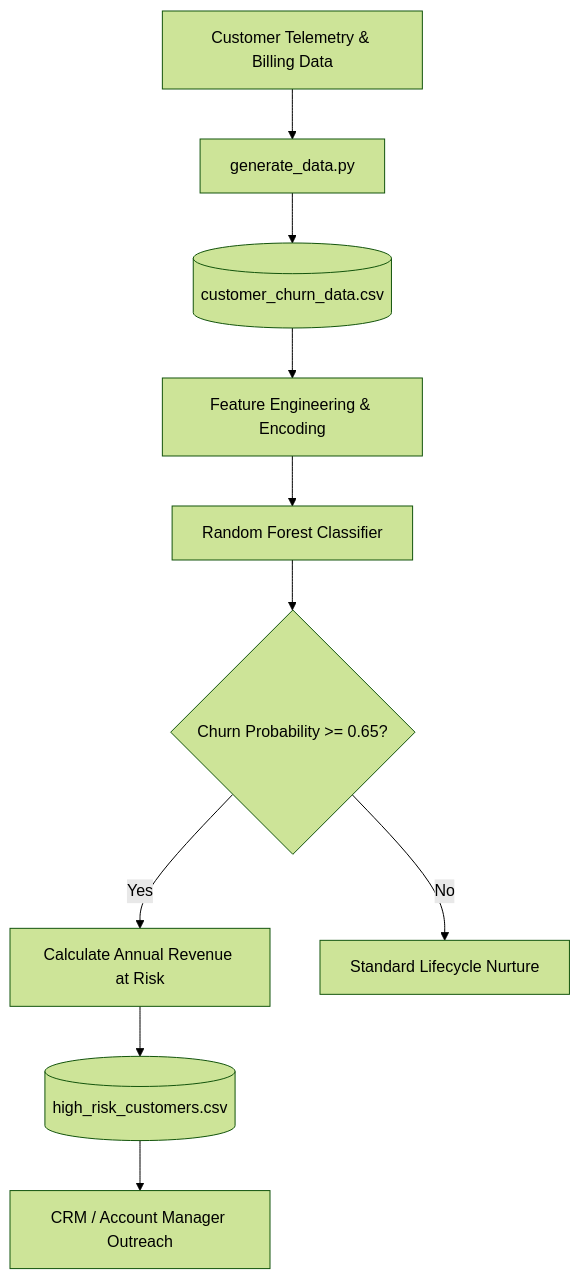
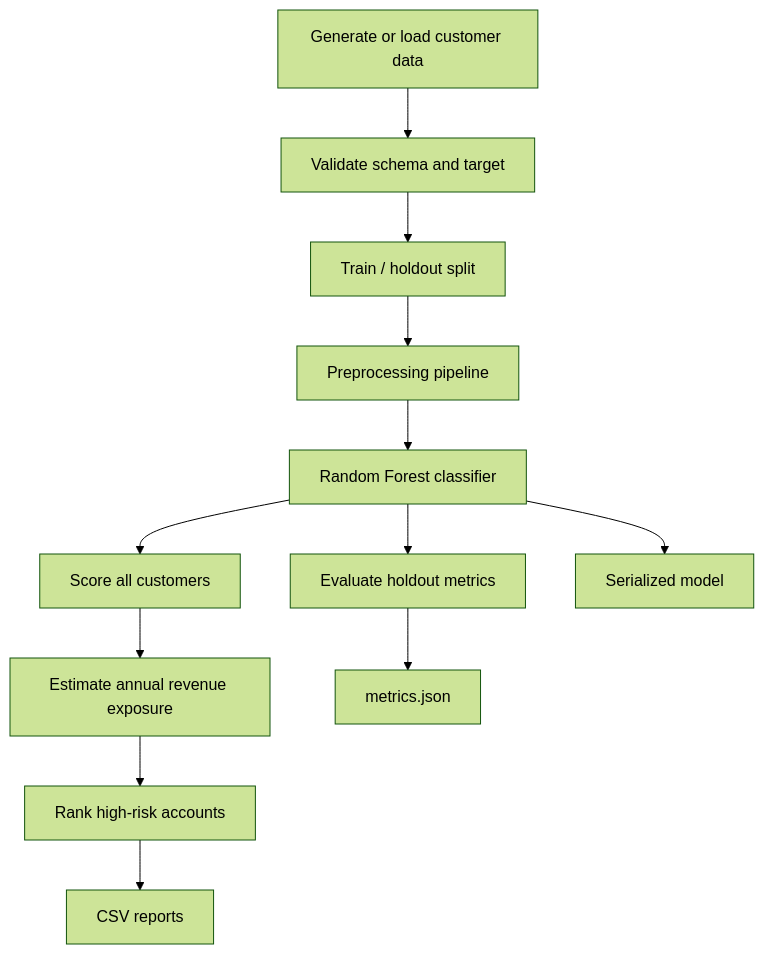
Before and after one commit to pallasivasai/rick: the diagram in README.md, drawn with Mermaid (forest theme). The commit also changed other lines of this file and 6 other files, not shown here.

````diff
--- a/README.md
+++ b/README.md
@@ -21,12 +67,14 @@
 ```mermaid
-graph TD
-    A[Customer Telemetry & Billing Data] --> B[generate_data.py]
-    B --> C[(customer_churn_data.csv)]
-    C --> D[Feature Engineering & Encoding]
-    D --> E[Random Forest Classifier]
-    E --> F{Churn Probability >= 0.65?}
-    F -- Yes --> G[Calculate Annual Revenue at Risk]
-    F -- No --> H[Standard Lifecycle Nurture]
-    G --> I[(high_risk_customers.csv)]
-    I --> J[CRM / Account Manager Outreach]
+flowchart TD
+    A[Generate or load customer data] --> B[Validate schema and target]
+    B --> C[Train / holdout split]
+    C --> D[Preprocessing pipeline]
+    D --> E[Random Forest classifier]
+    E --> F[Evaluate holdout metrics]
+    E --> G[Score all customers]
+    G --> H[Estimate annual revenue exposure]
+    H --> I[Rank high-risk accounts]
+    F --> J[metrics.json]
+    I --> K[CSV reports]
+    E --> L[Serialized model]
 ```
````
